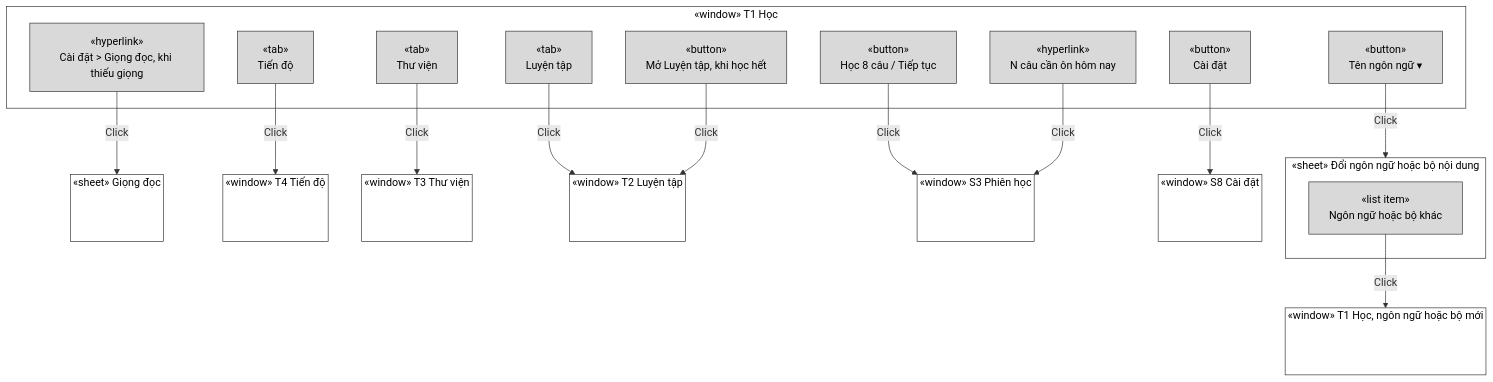
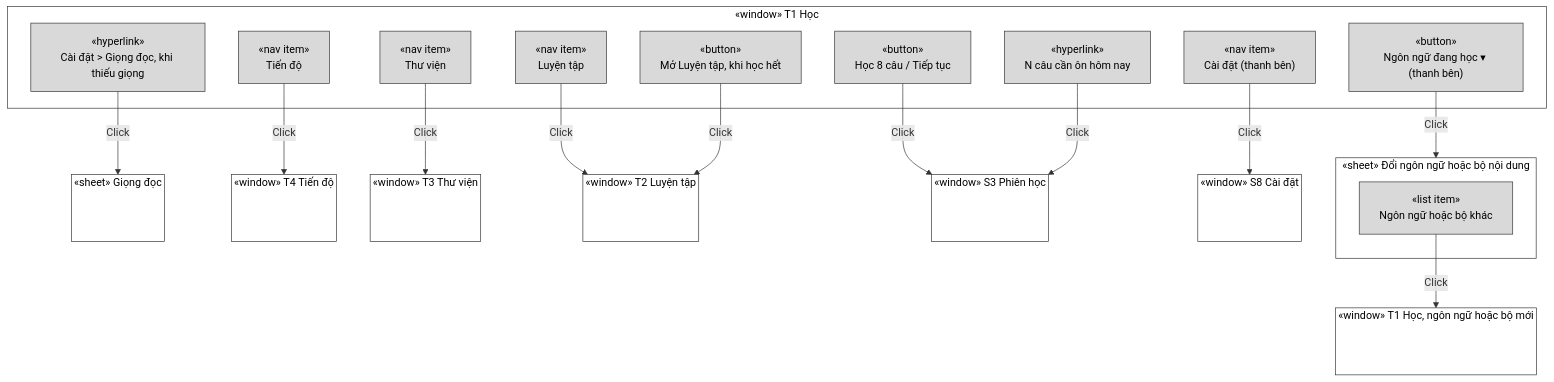
One commit to A-Star-X/dangonngu changed the fifth of 10 diagrams in docs/new/navigation.md. Above: the diagram before and after it, drawn with Mermaid. The commit also changed other lines of this file and 90 other files, not shown here.

````diff
--- a/docs/new/navigation.md
+++ b/docs/new/navigation.md
@@ -253,72 +273,72 @@
 ```mermaid
 flowchart TB
   classDef el fill:#d9d9d9,stroke:#333,color:#000
   classDef win fill:#fff,stroke:#333,color:#000
 
   subgraph W_T1["«window» T1 Học"]
-    t1_lang["«button»<br/>Tên ngôn ngữ ▾"]
-    t1_set["«button»<br/>Cài đặt"]
+    t1_lang["«button»<br/>Ngôn ngữ đang học ▾ (thanh bên)"]
+    t1_set["«nav item»<br/>Cài đặt (thanh bên)"]
     t1_start["«button»<br/>Học 8 câu / Tiếp tục"]
     t1_due["«hyperlink»<br/>N câu cần ôn hôm nay"]
-    t1_tab2["«tab»<br/>Luyện tập"]
-    t1_tab3["«tab»<br/>Thư viện"]
-    t1_tab4["«tab»<br/>Tiến độ"]
+    t1_tab2["«nav item»<br/>Luyện tập"]
+    t1_tab3["«nav item»<br/>Thư viện"]
+    t1_tab4["«nav item»<br/>Tiến độ"]
     t1_done["«button»<br/>Mở Luyện tập, khi học hết"]
     t1_voice["«hyperlink»<br/>Cài đặt > Giọng đọc, khi thiếu giọng"]
   end
   subgraph W_LANG["«sheet» Đổi ngôn ngữ hoặc bộ nội dung"]
     lang_item["«list item»<br/>Ngôn ngữ hoặc bộ khác"]
   end
   subgraph W_S8["«window» S8 Cài đặt"]
     W_S8_x[" "]
   end
   subgraph W_S3["«window» S3 Phiên học"]
     W_S3_x[" "]
   end
   subgraph W_T2["«window» T2 Luyện tập"]
     W_T2_x[" "]
   end
   subgraph W_T3["«window» T3 Thư viện"]
     W_T3_x[" "]
   end
   subgraph W_T4["«window» T4 Tiến độ"]
     W_T4_x[" "]
   end
   subgraph W_VOICE["«sheet» Giọng đọc"]
     W_VOICE_x[" "]
   end
   subgraph W_T1n["«window» T1 Học, ngôn ngữ hoặc bộ mới"]
     W_T1n_x[" "]
   end
 
   t1_lang -->|"Click"| W_LANG
   %% @spec APP-02, APP-06
   t1_set -->|"Click"| W_S8
   %% @spec APP-02
   t1_start -->|"Click"| W_S3
   %% @spec T1-02
   t1_due -->|"Click"| W_S3
   %% @spec T1-04
   t1_tab2 -->|"Click"| W_T2
   %% @spec APP-01, C5-01
   t1_tab3 -->|"Click"| W_T3
   %% @spec APP-01, C5-01
   t1_tab4 -->|"Click"| W_T4
   %% @spec APP-01, C5-01
   lang_item -->|"Click"| W_T1n
   %% @spec APP-06
   t1_done -->|"Click"| W_T2
   %% @spec T1-05
   t1_voice -->|"Click"| W_VOICE
   %% @spec C1-05
 
   class t1_lang,t1_set,t1_start,t1_due,t1_tab2,t1_tab3,t1_tab4,t1_done,t1_voice,lang_item el
   class W_T1,W_LANG,W_S8,W_S3,W_T2,W_T3,W_T4,W_VOICE,W_T1n win
   style W_S8_x fill:none,stroke:none
   style W_S3_x fill:none,stroke:none
   style W_T2_x fill:none,stroke:none
   style W_T3_x fill:none,stroke:none
   style W_T4_x fill:none,stroke:none
   style W_VOICE_x fill:none,stroke:none
   style W_T1n_x fill:none,stroke:none
 ```
````
